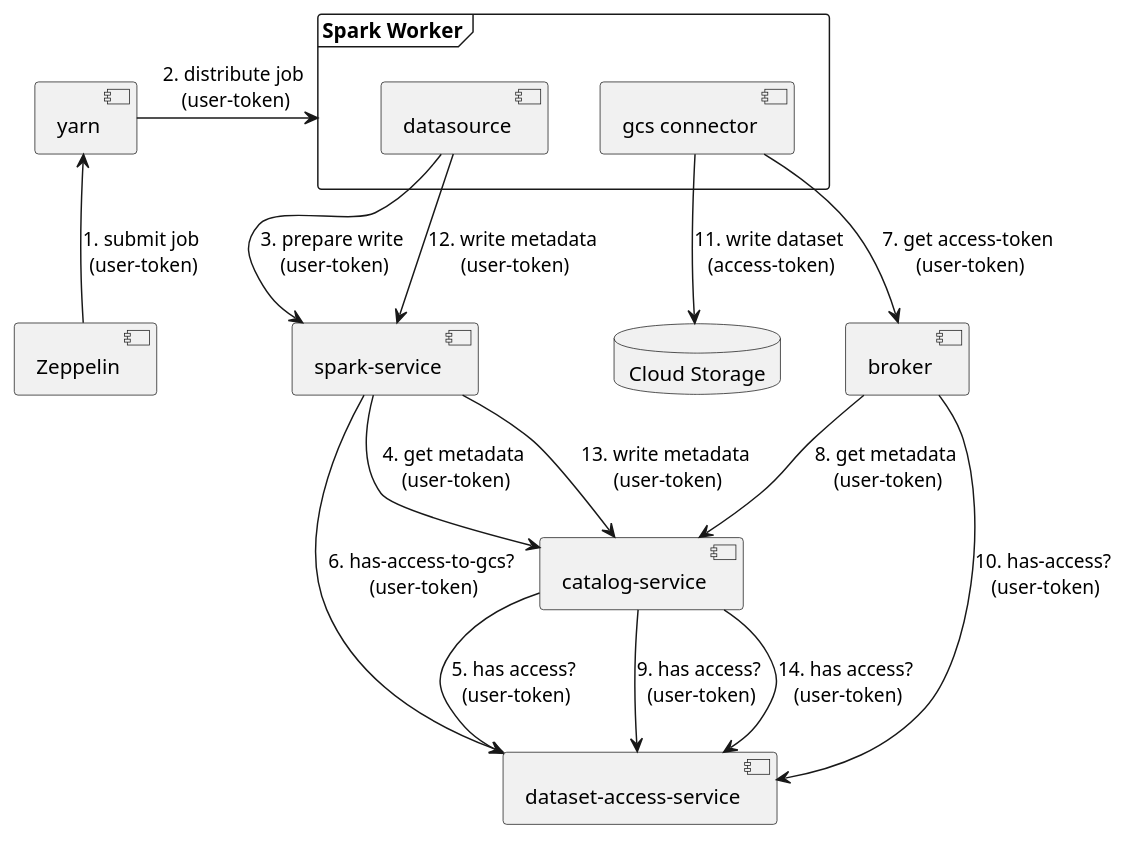
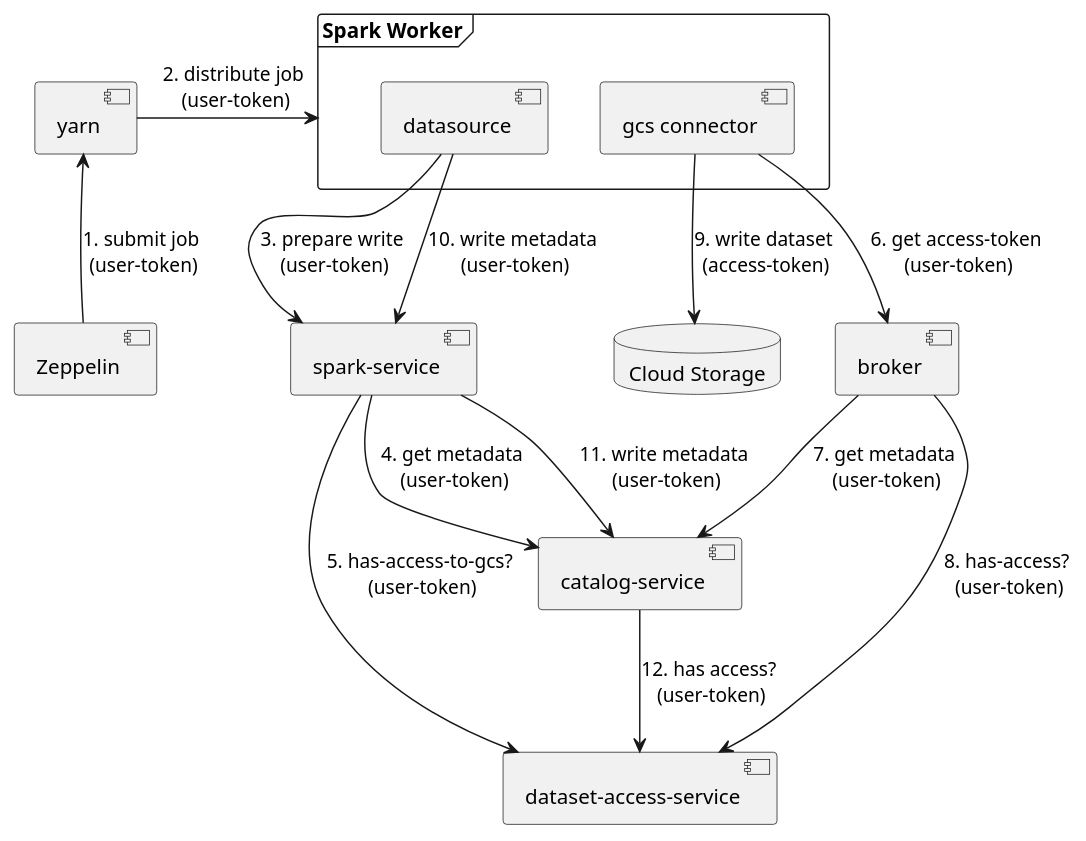
Before and after one commit to statisticsnorway/dapla-project: the diagram in doc/security-write-data-comp.puml, drawn with PlantUML. The commit also changed 3 other files, not shown here.

Commit message:
Updated security component diagrams

```diff
--- a/doc/security-write-data-comp.puml
+++ b/doc/security-write-data-comp.puml
@@ -1,31 +1,29 @@
 @startuml
 
 [yarn] as yarn
 [Zeppelin] as zeppelin
 [dataset-access-service] as da_s
 [catalog-service] as catalog
 [spark-service] as sp_s
 [broker] as broker
 database "Cloud Storage" as gcs {
 }
 frame "Spark Worker" as worker {
   [datasource] as datasource
   [gcs connector] as gcs_connector
 }
 
 zeppelin -u-> yarn : 1. submit job\n (user-token)
 yarn -> worker : 2. distribute job\n (user-token)
 datasource --> sp_s : 3. prepare write\n (user-token)
 sp_s --> catalog : 4. get metadata\n (user-token)
-catalog --> da_s : 5. has access?\n (user-token)
-sp_s --> da_s : 6. has-access-to-gcs?\n (user-token)
-gcs_connector --> broker : 7. get access-token\n (user-token)
-broker --> catalog : 8. get metadata\n (user-token)
-catalog --> da_s : 9. has access?\n (user-token)
-broker --> da_s : 10. has-access?\n (user-token)
-gcs_connector --> gcs : 11. write dataset\n (access-token)
-datasource --> sp_s : 12. write metadata\n (user-token)
-sp_s --> catalog : 13. write metadata\n (user-token)
-catalog --> da_s : 14. has access?\n (user-token)
+sp_s --> da_s : 5. has-access-to-gcs?\n (user-token)
+gcs_connector --> broker : 6. get access-token\n (user-token)
+broker --> catalog : 7. get metadata\n (user-token)
+broker --> da_s : 8. has-access?\n (user-token)
+gcs_connector --> gcs : 9. write dataset\n (access-token)
+datasource --> sp_s : 10. write metadata\n (user-token)
+sp_s --> catalog : 11. write metadata\n (user-token)
+catalog --> da_s : 12. has access?\n (user-token)
 
 @enduml
```
